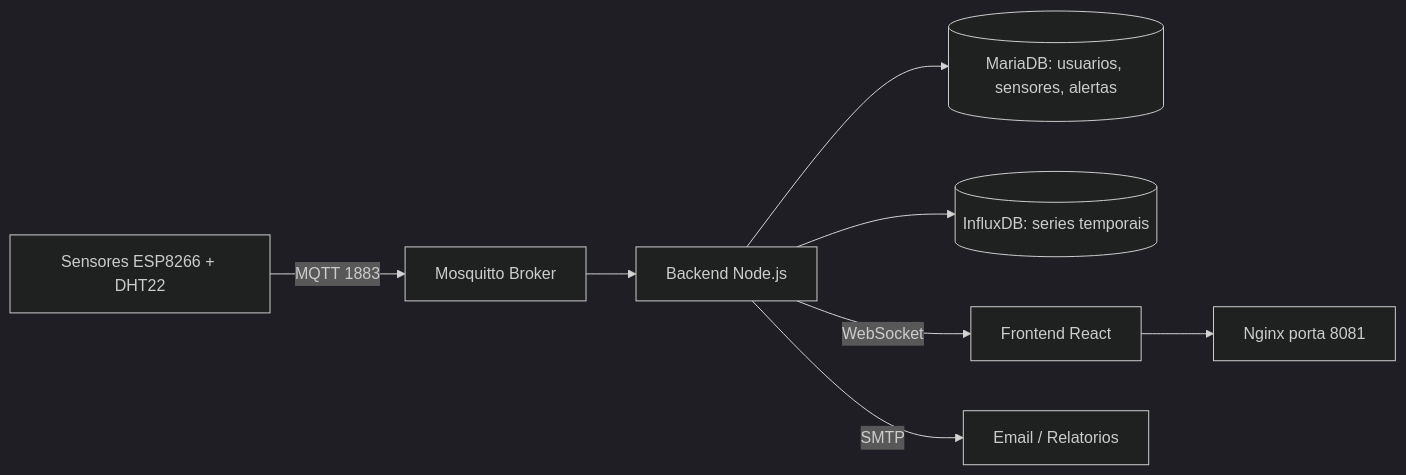
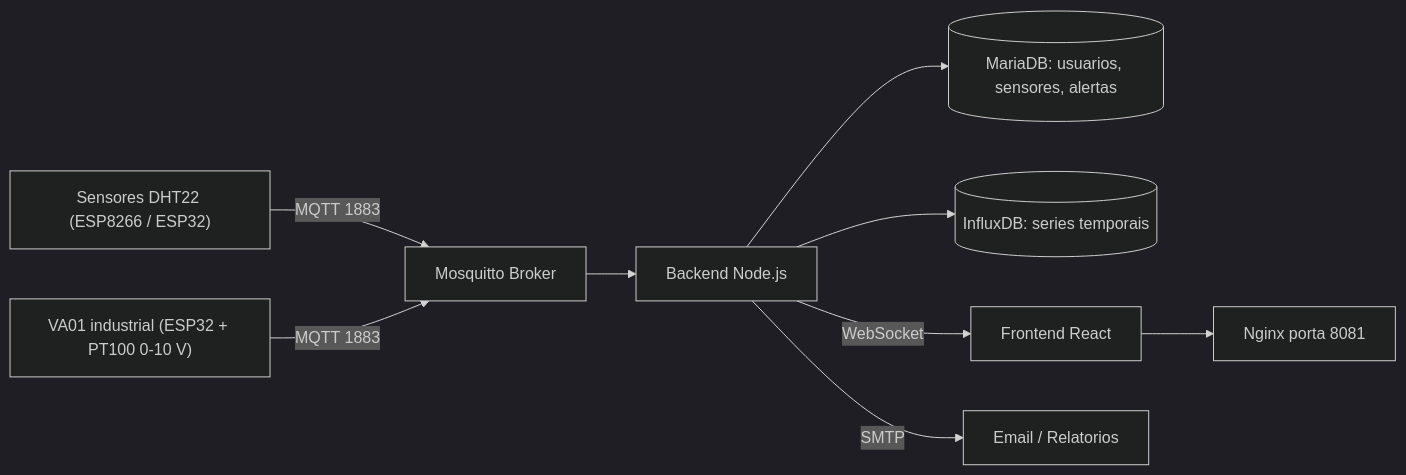
One commit to SeulRKSantos/Sensor-de-Temperatura-inteligente changed the diagram in thguard/README.md. Above: the diagram before and after it, drawn with Mermaid (dark theme). The commit also changed other lines of this file and 4 other files, not shown here.

````diff
--- a/thguard/README.md
+++ b/thguard/README.md
@@ -7,10 +9,11 @@
 ```mermaid
 graph LR
-  S["Sensores ESP8266 + DHT22"] -->|MQTT 1883| M[Mosquitto Broker]
+  S["Sensores DHT22 (ESP8266 / ESP32)"] -->|MQTT 1883| M[Mosquitto Broker]
+  V["VA01 industrial (ESP32 + PT100 0-10 V)"] -->|MQTT 1883| M
   M --> B[Backend Node.js]
   B --> D[(MariaDB: usuarios, sensores, alertas)]
   B --> I[(InfluxDB: series temporais)]
   B -->|WebSocket| F[Frontend React]
   B -->|SMTP| E[Email / Relatorios]
   F --> N[Nginx porta 8081]
 ```
````
